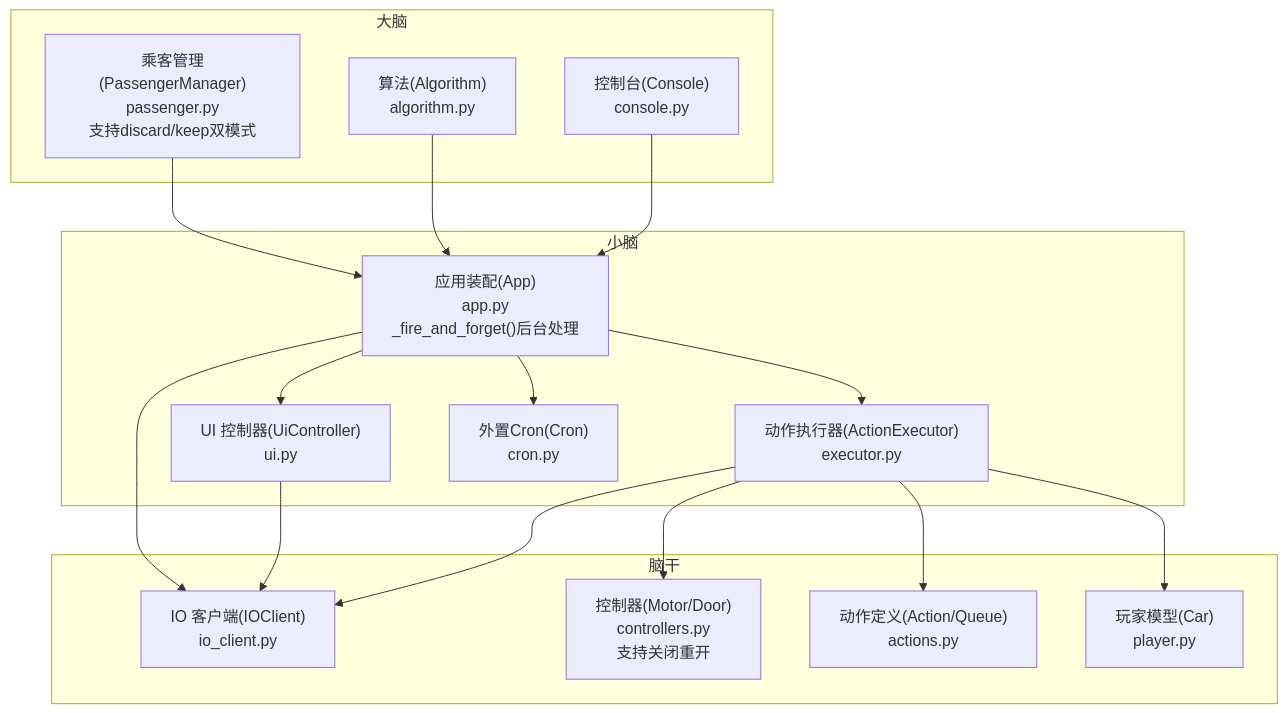
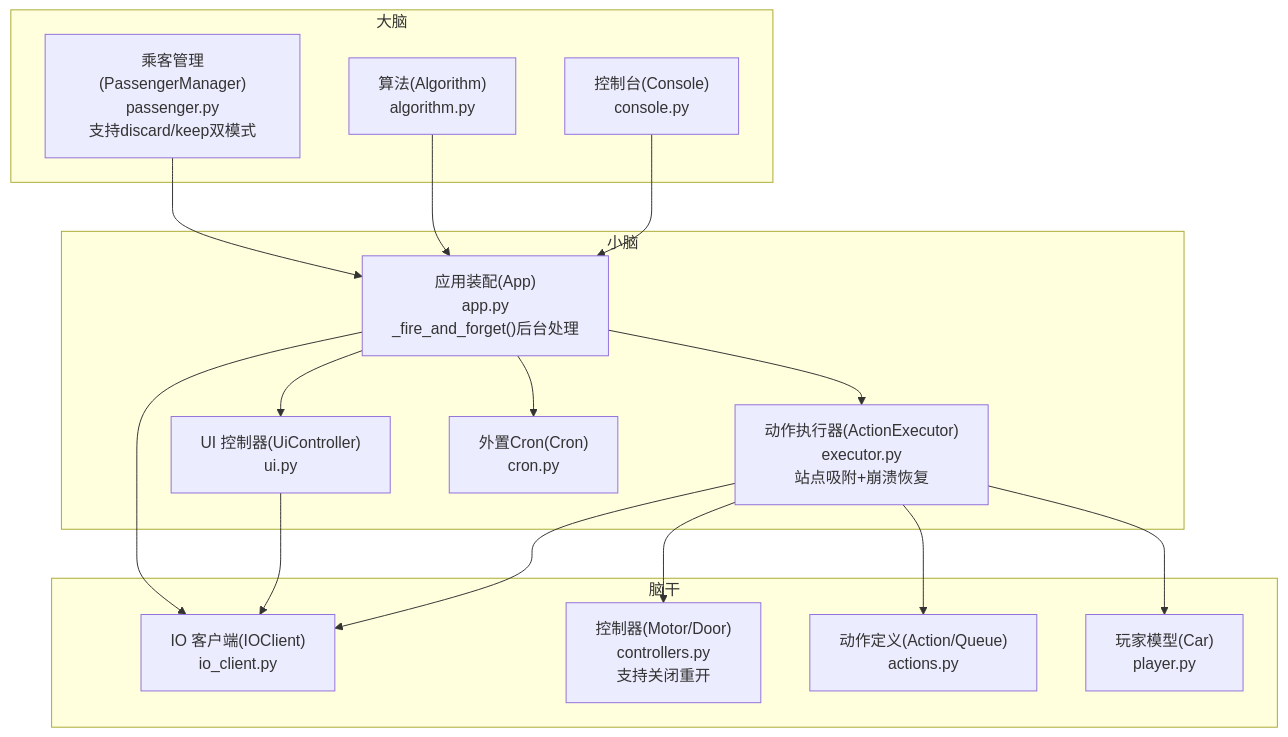
One commit to xmb505/Haku_EET changed the first of 8 diagrams in .qoder/repowiki/zh/content/系统架构概览/系统架构概览.md. Above: the diagram before and after it, drawn with Mermaid. The commit also changed other lines of this file and 10 other files, not shown here.

````diff
--- a/.qoder/repowiki/zh/content/系统架构概览/系统架构概览.md
+++ b/.qoder/repowiki/zh/content/系统架构概览/系统架构概览.md
@@ -62,32 +60,32 @@
 ```mermaid
 graph TB
 subgraph "大脑"
 A["算法(Algorithm)<br/>algorithm.py"]
 B["乘客管理(PassengerManager)<br/>passenger.py<br/>支持discard/keep双模式"]
 C["控制台(Console)<br/>console.py"]
 end
 subgraph "小脑"
 D["应用装配(App)<br/>app.py<br/>_fire_and_forget()后台处理"]
-E["动作执行器(ActionExecutor)<br/>executor.py"]
+E["动作执行器(ActionExecutor)<br/>executor.py<br/>站点吸附+崩溃恢复"]
 F["UI 控制器(UiController)<br/>ui.py"]
 G["外置Cron(Cron)<br/>cron.py"]
 end
 subgraph "脑干"
 H["IO 客户端(IOClient)<br/>io_client.py"]
 I["控制器(Motor/Door)<br/>controllers.py<br/>支持关闭重开"]
 J["动作定义(Action/Queue)<br/>actions.py"]
 K["玩家模型(Car)<br/>player.py"]
 end
 C --> D
 A --> D
 B --> D
 D --> E
 D --> F
 D --> G
 E --> I
 E --> H
 F --> H
 D --> H
 E --> J
 E --> K
 ```
````
